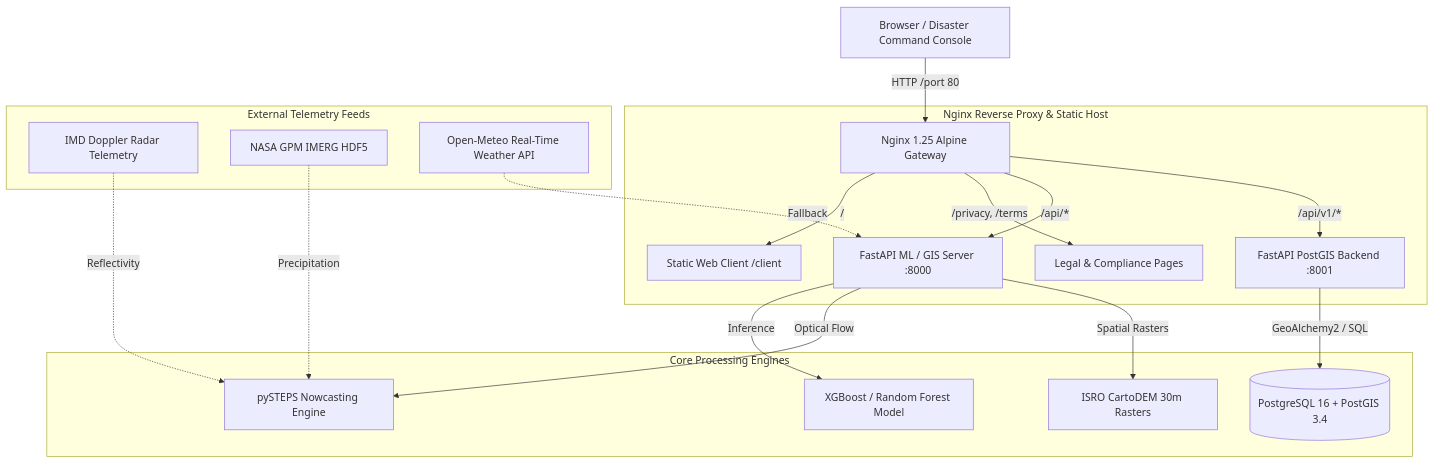
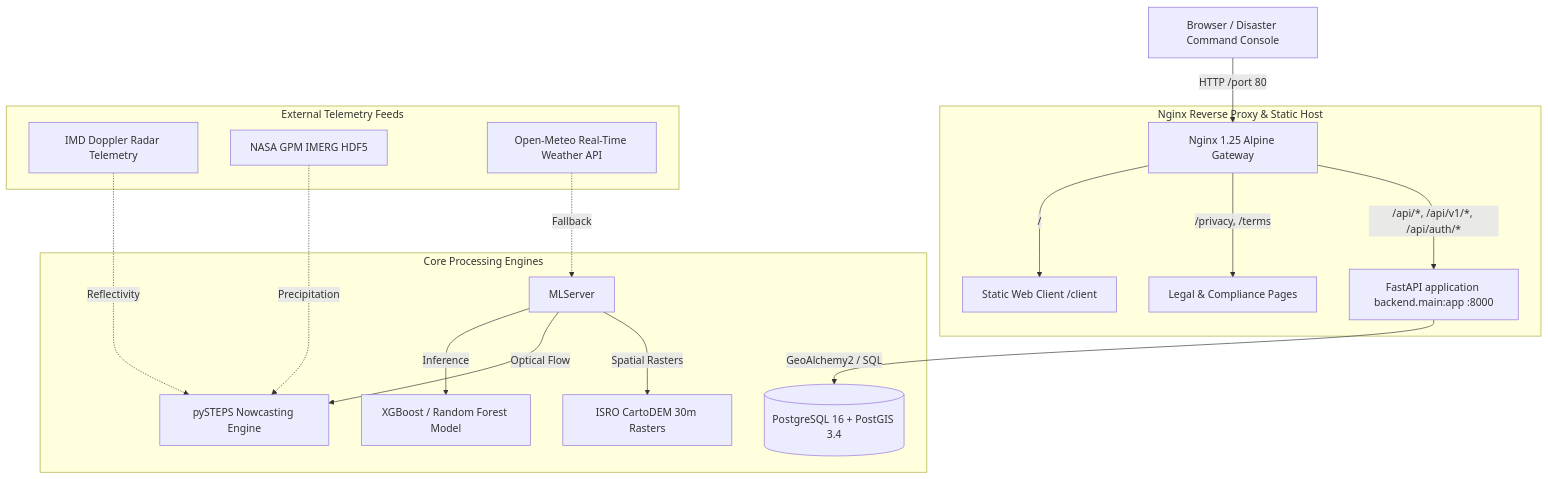
The diagram in prd/README.md (shubhamkuwarbi10-ai/RainDrop), drawn with Mermaid before and after one commit. The commit also changed other lines of this file and 11 other files, not shown here.

````diff
--- a/prd/README.md
+++ b/prd/README.md
@@ -35,24 +35,23 @@
 ```mermaid
 graph TD
     Client[Browser / Disaster Command Console] -->|HTTP /port 80| Nginx[Nginx 1.25 Alpine Gateway]
     
     subgraph "Nginx Reverse Proxy & Static Host"
         Nginx -->|/ | Static[Static Web Client /client]
         Nginx -->|/privacy, /terms| Legal[Legal & Compliance Pages]
-        Nginx -->|/api/*| MLServer[FastAPI ML / GIS Server :8000]
-        Nginx -->|/api/v1/*| BackendAPI[FastAPI PostGIS Backend :8001]
+        Nginx -->|/api/*, /api/v1/*, /api/auth/*| BackendAPI[FastAPI application backend.main:app :8000]
     end
 
     subgraph "Core Processing Engines"
         MLServer -->|Inference| SurrogateModel[XGBoost / Random Forest Model]
         MLServer -->|Optical Flow| PySteps[pySTEPS Nowcasting Engine]
         MLServer -->|Spatial Rasters| GeoTIFF[ISRO CartoDEM 30m Rasters]
         BackendAPI -->|GeoAlchemy2 / SQL| PostGIS[(PostgreSQL 16 + PostGIS 3.4)]
     end
 
     subgraph "External Telemetry Feeds"
         IMD[IMD Doppler Radar Telemetry] -.->|Reflectivity| PySteps
         IMERG[NASA GPM IMERG HDF5] -.->|Precipitation| PySteps
         OpenMeteo[Open-Meteo Real-Time Weather API] -.->|Fallback| MLServer
     end
 ```
````
